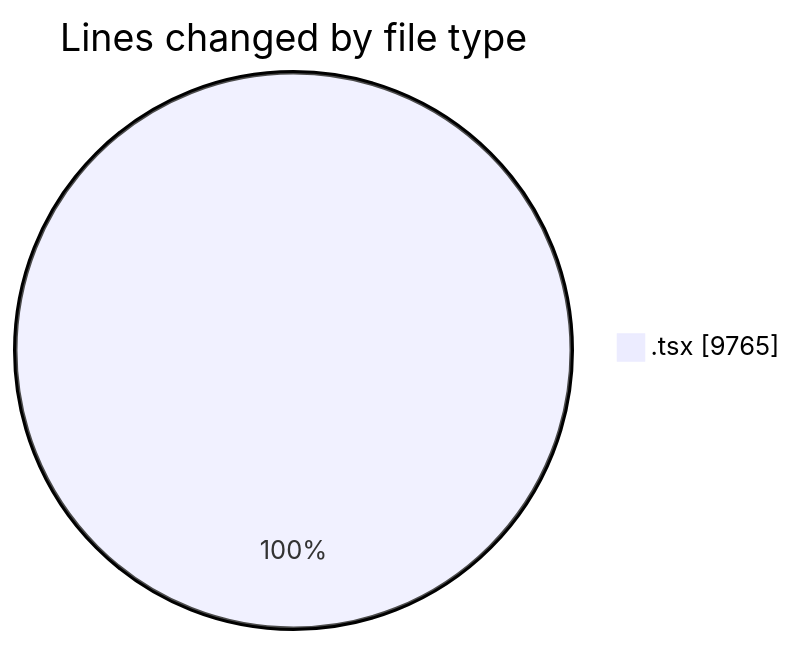
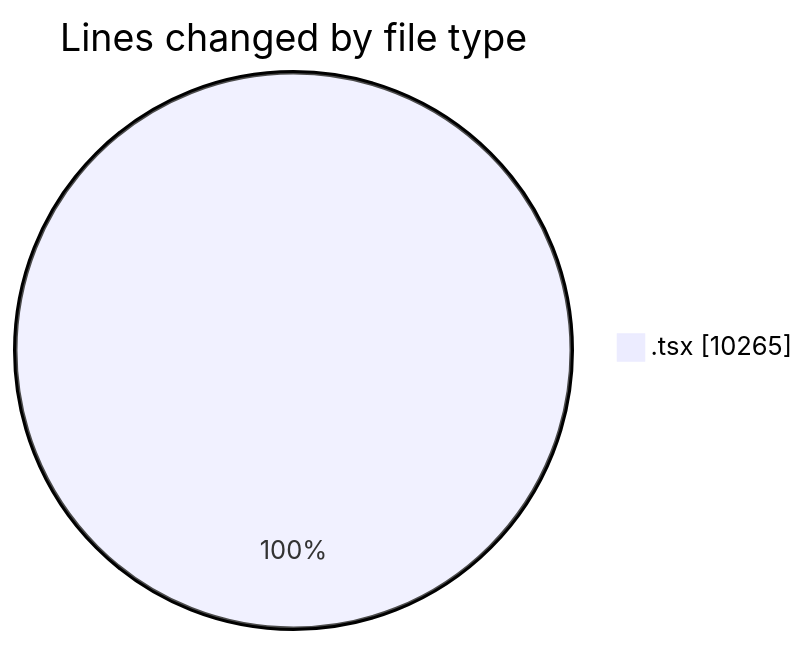
The first of 2 diagrams in 2026-06-17/nxtqube_webapp/README.md (nxtqubesakshisongat/code-tracking), drawn with Mermaid before and after one commit. The commit also changed other lines of this file and 1 other file, not shown here.

````diff
--- a/2026-06-17/nxtqube_webapp/README.md
+++ b/2026-06-17/nxtqube_webapp/README.md
@@ -33,5 +34,5 @@
 ```mermaid
 pie showData
 title Lines changed by file type
-".tsx" : 9765
+".tsx" : 10265
 ```
````
